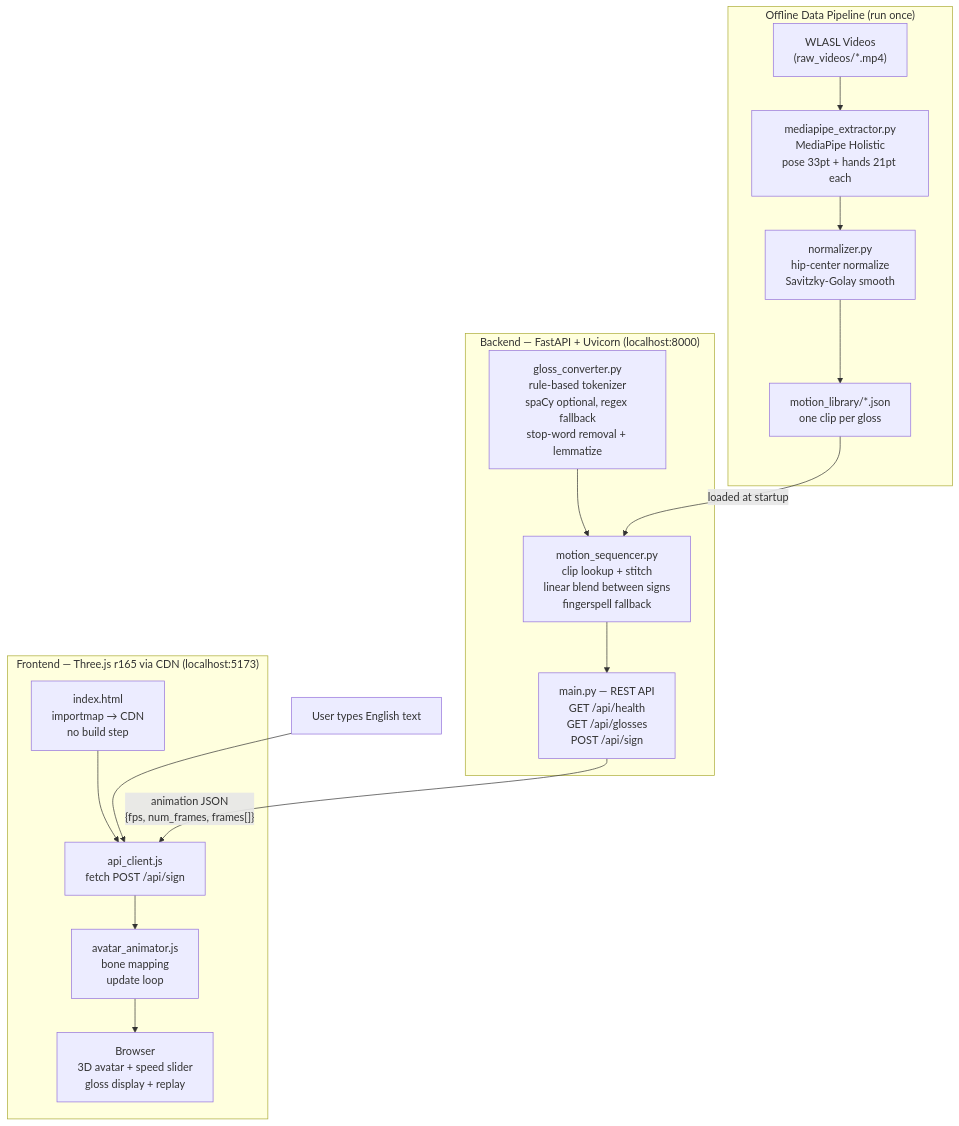
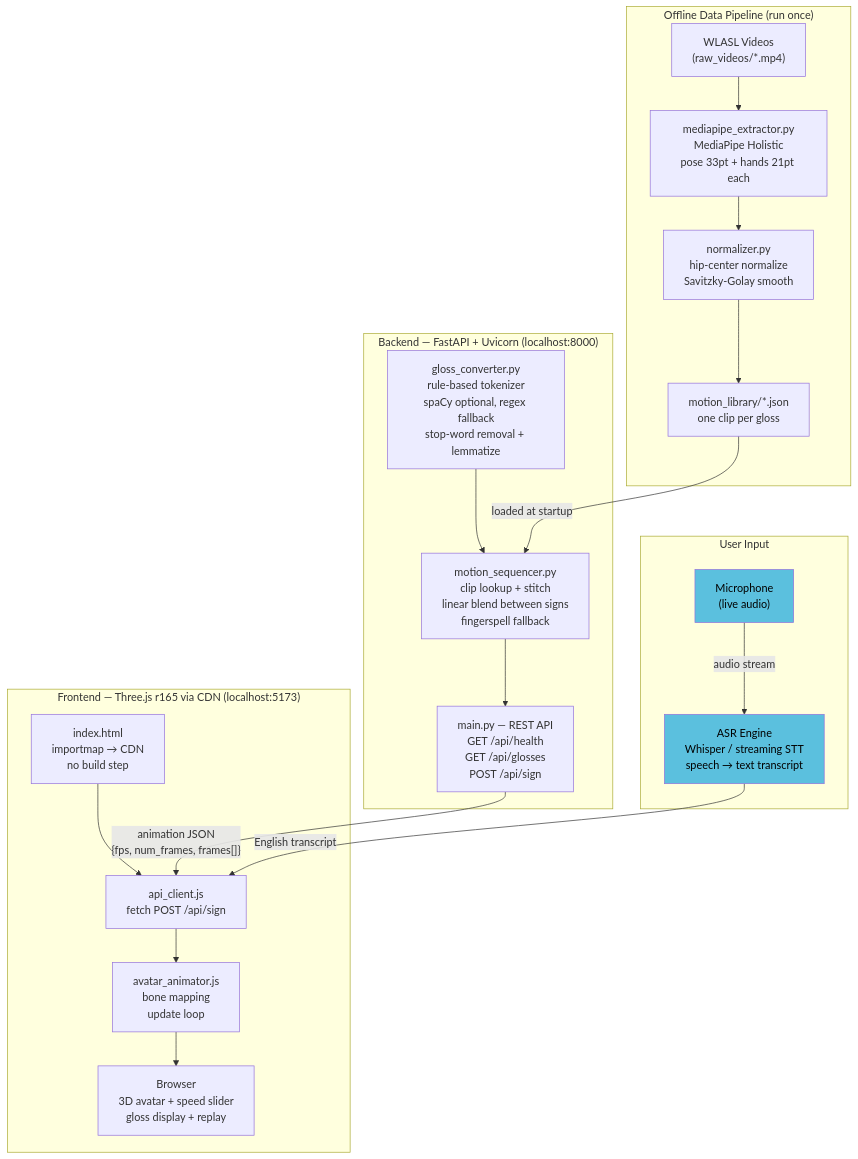
Before and after one commit to AhmedHossam61/AI-sign-language-avatar: the first of 5 diagrams in README.md, drawn with Mermaid. The commit also changed other lines of this file, not shown here.

Commit message:
feat: update README to clarify ASR input and enhance architecture diagram

````diff
--- a/README.md
+++ b/README.md
@@ -13,29 +13,38 @@
 ```mermaid
 flowchart TD
     subgraph Offline ["Offline Data Pipeline (run once)"]
         V["WLASL Videos\n(raw_videos/*.mp4)"]
         MP["mediapipe_extractor.py\nMediaPipe Holistic\npose 33pt + hands 21pt each"]
         NM["normalizer.py\nhip-center normalize\nSavitzky-Golay smooth"]
         CL["motion_library/*.json\none clip per gloss"]
         V --> MP --> NM --> CL
+    end
+
+    subgraph Input ["User Input"]
+        MIC["Microphone\n(live audio)"]
+        ASR["ASR Engine\nWhisper / streaming STT\nspeech → text transcript"]
+        MIC -->|"audio stream"| ASR
     end
 
     subgraph Backend ["Backend — FastAPI + Uvicorn (localhost:8000)"]
         GC["gloss_converter.py\nrule-based tokenizer\nspaCy optional, regex fallback\nstop-word removal + lemmatize"]
         MS["motion_sequencer.py\nclip lookup + stitch\nlinear blend between signs\nfingerspell fallback"]
         API["main.py — REST API\nGET  /api/health\nGET  /api/glosses\nPOST /api/sign"]
         GC --> MS --> API
     end
 
     subgraph Frontend ["Frontend — Three.js r165 via CDN (localhost:5173)"]
         HC["index.html\nimportmap → CDN\nno build step"]
         AC["api_client.js\nfetch POST /api/sign"]
         AA["avatar_animator.js\nbone mapping\nupdate loop"]
         UI["Browser\n3D avatar + speed slider\ngloss display + replay"]
         HC --> AC --> AA --> UI
     end
 
     CL -->|"loaded at startup"| MS
     API -->|"animation JSON\n{fps, num_frames, frames[]}"| AC
-    User["User types English text"] --> AC
+    ASR -->|"English transcript"| AC
+
+    style MIC fill:#5bc0de,color:#000
+    style ASR fill:#5bc0de,color:#000
 ```
````
